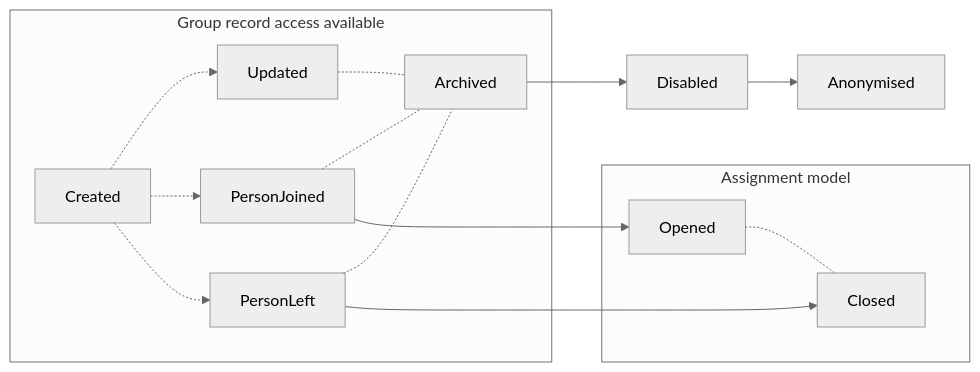
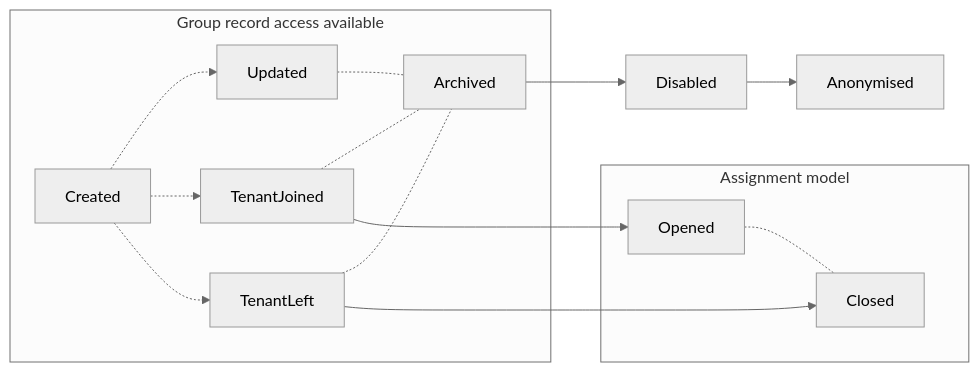
Before and after one commit to coly-technologies/coly-technologies.github.io: the third of 3 diagrams in coly-api.md, drawn with Mermaid (neutral theme). The commit also changed other lines of this file, not shown here.

Commit message:
person -> tenant

````diff
--- a/coly-api.md
+++ b/coly-api.md
@@ -124,12 +124,12 @@
 ```mermaid
 graph LR;
   subgraph Assignment model
     Opened -.- Closed
   end
   subgraph Group record access available
-    Created -.-> Updated & PersonJoined & PersonLeft -.- Archived
+    Created -.-> Updated & TenantJoined & TenantLeft -.- Archived
   end
   Archived --> Disabled --> Anonymised
-  PersonJoined ---> Opened
-  PersonLeft ---> Closed
+  TenantJoined ---> Opened
+  TenantLeft ---> Closed
 ```
````
